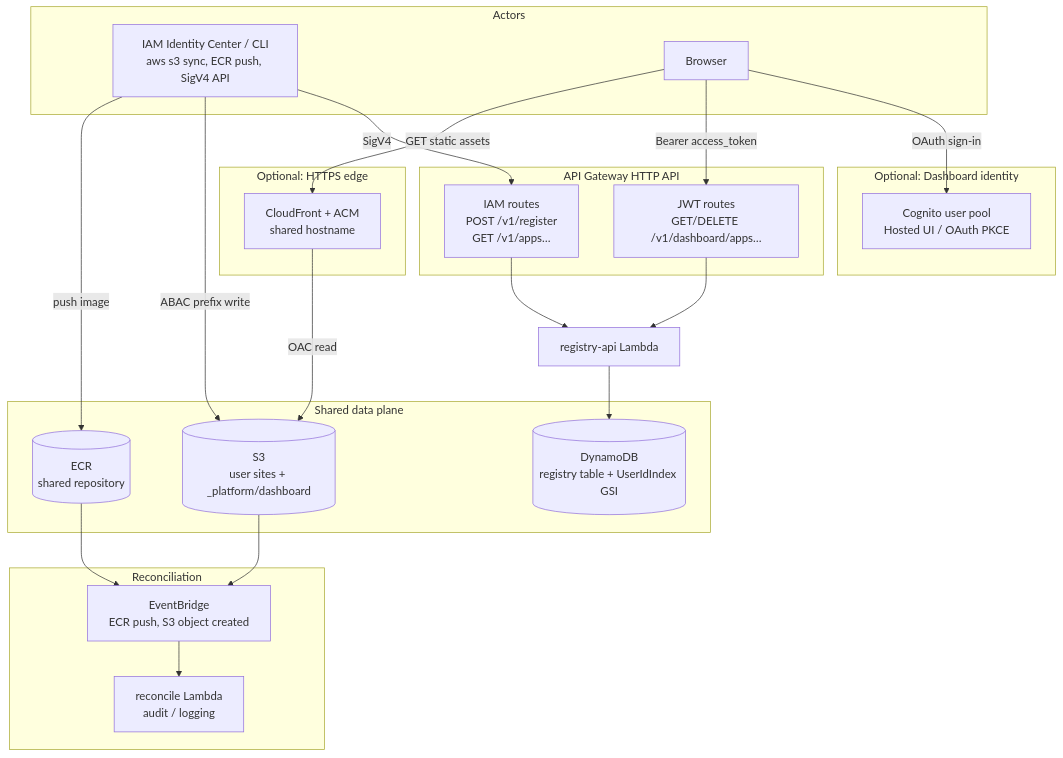
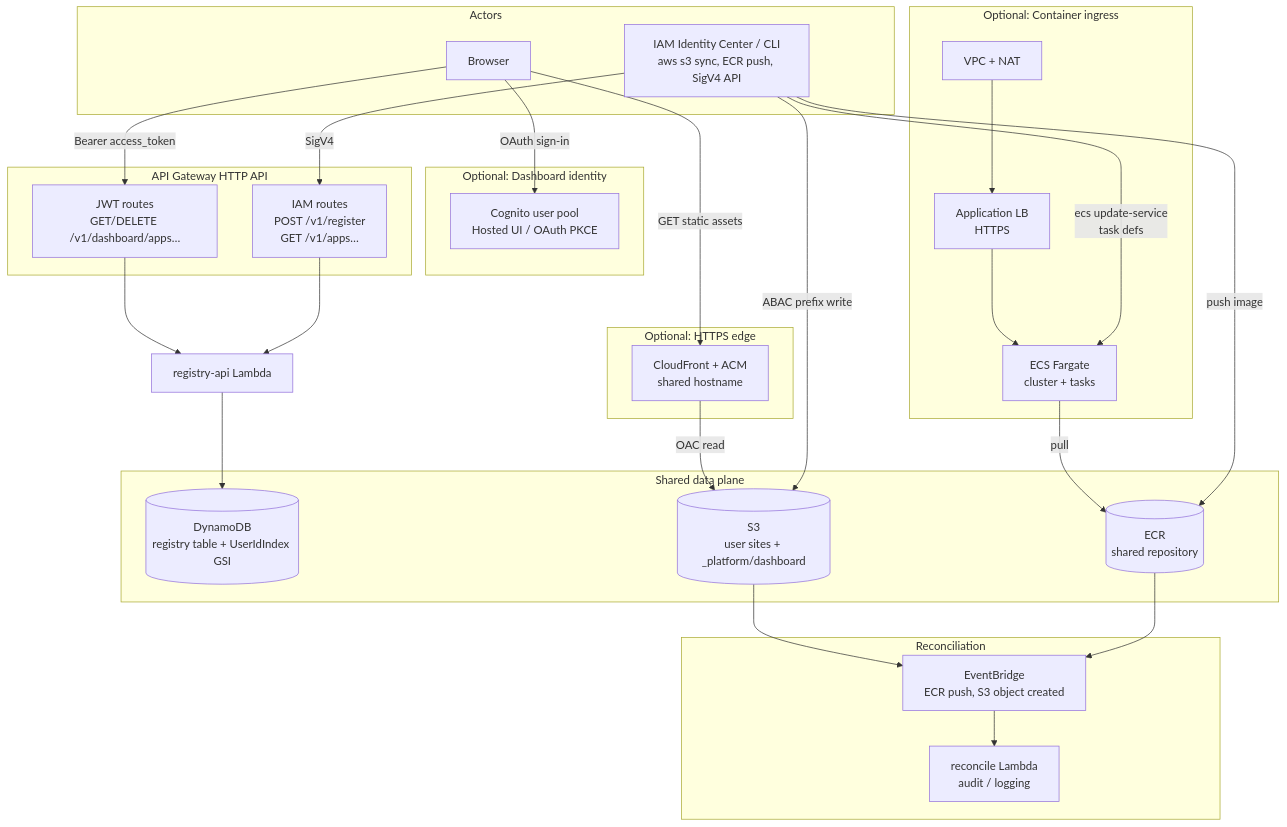
Before and after one commit to zloeber/CCToAWS: the diagram in docs/architecture.md, drawn with Mermaid. The commit also changed other lines of this file and 24 other files, not shown here.

````diff
--- a/docs/architecture.md
+++ b/docs/architecture.md
@@ -7,51 +7,62 @@
 ```mermaid
 flowchart TB
   subgraph actors["Actors"]
     CLI["IAM Identity Center / CLI<br/>aws s3 sync, ECR push, SigV4 API"]
     BR["Browser"]
   end
 
   subgraph optional_edge["Optional: HTTPS edge"]
     CF["CloudFront + ACM<br/>shared hostname"]
+  end
+
+  subgraph optional_compute["Optional: Container ingress"]
+    VPC["VPC + NAT"]
+    ALB["Application LB<br/>HTTPS"]
+    ECS["ECS Fargate<br/>cluster + tasks"]
   end
 
   subgraph optional_id["Optional: Dashboard identity"]
     COG["Cognito user pool<br/>Hosted UI / OAuth PKCE"]
   end
 
   subgraph api["API Gateway HTTP API"]
     IAMR["IAM routes<br/>POST /v1/register<br/>GET /v1/apps…"]
     JWTR["JWT routes<br/>GET/DELETE /v1/dashboard/apps…"]
   end
 
   L["registry-api Lambda"]
 
   subgraph data["Shared data plane"]
     DDB[("DynamoDB<br/>registry table + UserIdIndex GSI")]
     S3[("S3<br/>user sites + _platform/dashboard")]
     ECR[("ECR<br/>shared repository")]
   end
 
   subgraph events["Reconciliation"]
     EB["EventBridge<br/>ECR push, S3 object created"]
     RL["reconcile Lambda<br/>audit / logging"]
   end
 
   CLI -->|"SigV4"| IAMR
   CLI -->|"ABAC prefix write"| S3
   CLI -->|"push image"| ECR
+  CLI -->|"ecs update-service<br/>task defs"| ECS
+
+  VPC --> ALB
+  ALB --> ECS
+  ECS -->|"pull"| ECR
 
   BR -->|"OAuth sign-in"| COG
   BR -->|"Bearer access_token"| JWTR
   BR -->|"GET static assets"| CF
 
   CF -->|"OAC read"| S3
 
   IAMR --> L
   JWTR --> L
   L --> DDB
 
   ECR --> EB
   S3 --> EB
   EB --> RL
 ```
````
